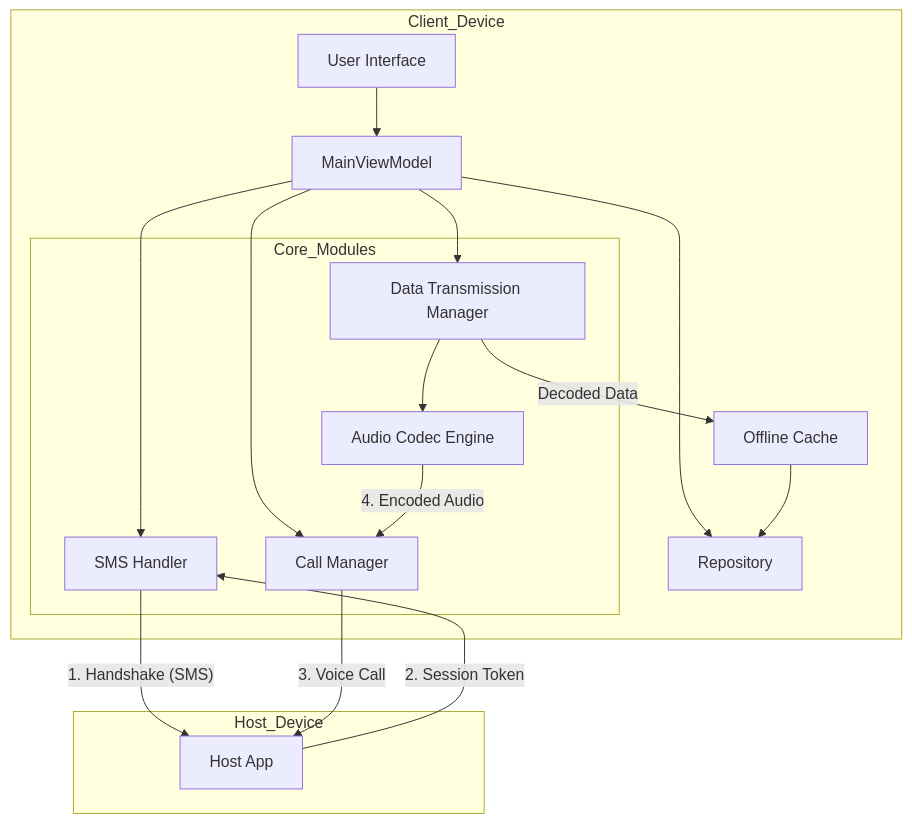
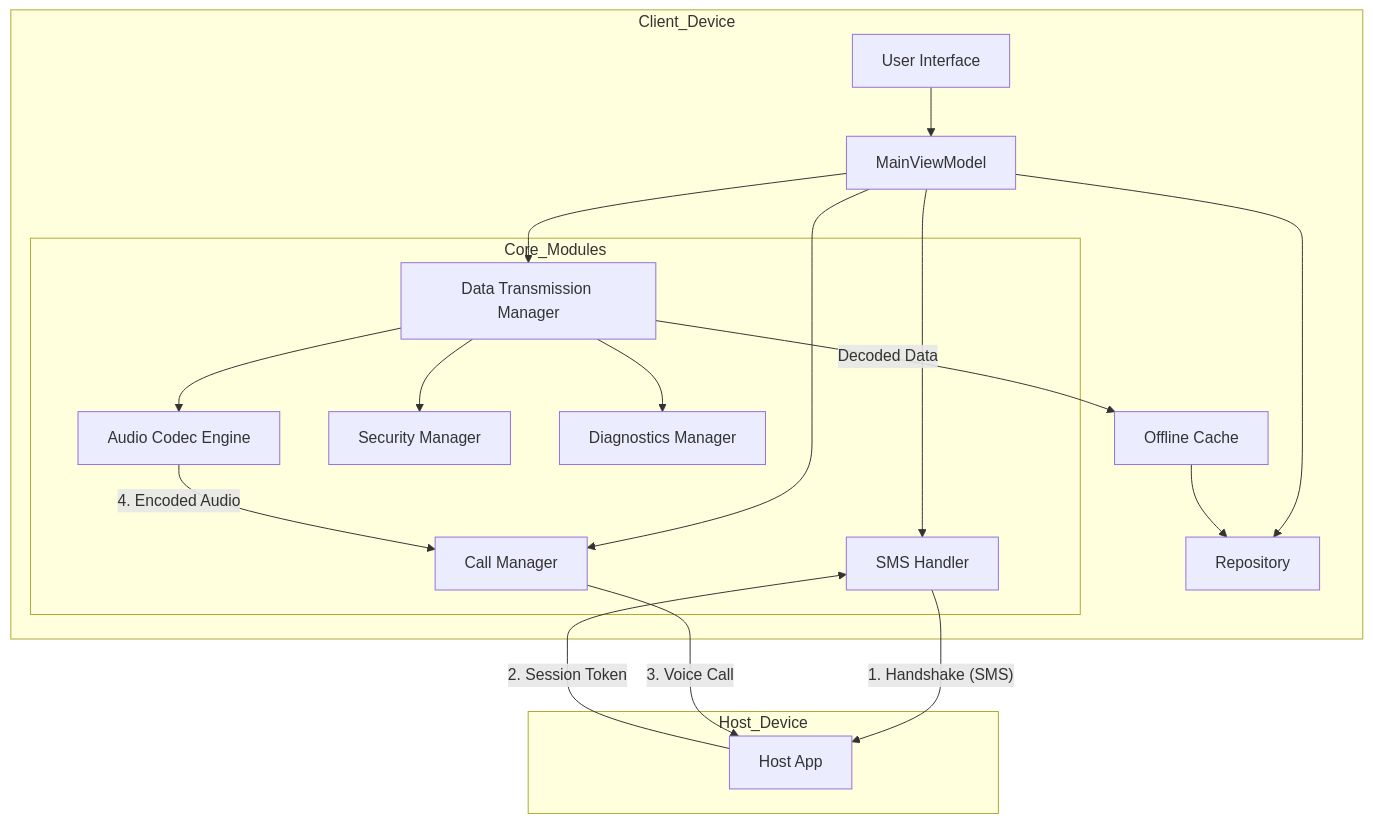
One commit to chaitana2/Vidya-Sarthi changed the diagram in README.md. Above: the diagram before and after it, drawn with Mermaid. The commit also changed other lines of this file and 5 other files, not shown here.

````diff
--- a/README.md
+++ b/README.md
@@ -163,39 +148,43 @@
 ```mermaid
 graph TD
     subgraph Client_Device
         UI[User Interface]
         VM[MainViewModel]
         repo[Repository]
         
         subgraph Core_Modules
             SMS[SMS Handler]
             CALL[Call Manager]
             DTM[Data Transmission Manager]
             AUDIO[Audio Codec Engine]
+            SEC[Security Manager]
+            DIAG[Diagnostics Manager]
         end
         
         CACHE[Offline Cache]
     end
     
     subgraph Host_Device
         HOST[Host App]
     end
     
     %% Flows
     UI --> VM
     VM --> repo
     
     VM --> SMS
     SMS --"1. Handshake (SMS)"--> HOST
     HOST --"2. Session Token"--> SMS
     
     VM --> CALL
     CALL --"3. Voice Call"--> HOST
     
     VM --> DTM
     DTM --> AUDIO
+    DTM --> SEC
+    DTM --> DIAG
     AUDIO --"4. Encoded Audio"--> CALL
     
     DTM --"Decoded Data"--> CACHE
     CACHE --> repo
 ```
````
